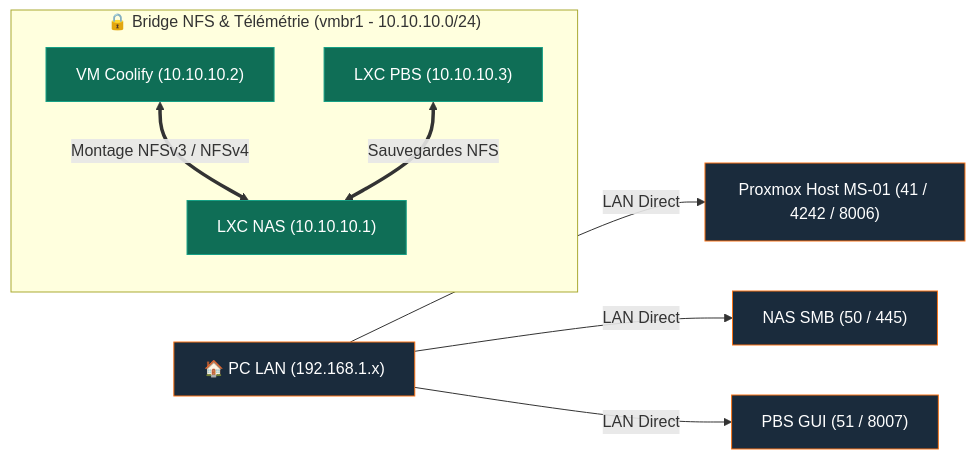
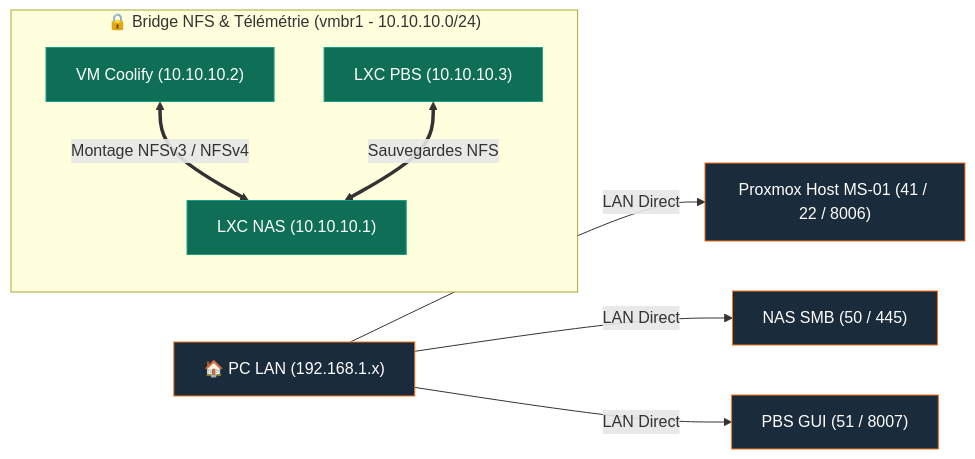
Before and after one commit to ims-world/docs: the fourth of 4 diagrams in reseau/matrice-securite-exposition.md, drawn with Mermaid. The commit also changed other lines of this file and 14 other files, not shown here.

````diff
--- a/reseau/matrice-securite-exposition.md
+++ b/reseau/matrice-securite-exposition.md
@@ -120,16 +120,16 @@
     ```mermaid
     graph LR
-        PC_LAN["🏠 PC LAN (192.168.1.x)"] -->|LAN Direct| HOST_PVE["Proxmox Host MS-01 (41 / 4242 / 8006)"]
-        PC_LAN -->|LAN Direct| NAS_SMB["NAS SMB (50 / 445)"]
-        PC_LAN -->|LAN Direct| PBS_GUI["PBS GUI (51 / 8007)"]
+PC_LAN["🏠 PC LAN (192.168.1.x)"] -->|LAN Direct| HOST_PVE["Proxmox Host MS-01 (41 / 22 / 8006)"]
+PC_LAN -->|LAN Direct| NAS_SMB["NAS SMB (50 / 445)"]
+PC_LAN -->|LAN Direct| PBS_GUI["PBS GUI (51 / 8007)"]
 
-        subgraph VMBR1 ["🔒 Bridge NFS & Télémétrie (vmbr1 - 10.10.10.0/24)"]
-            COOL_VM["VM Coolify (10.10.10.2)"] <==>|Montage NFSv3 / NFSv4| NAS_LXC["LXC NAS (10.10.10.1)"]
-            PBS_LXC["LXC PBS (10.10.10.3)"] <==>|Sauvegardes NFS| NAS_LXC
-        end
+subgraph VMBR1 ["🔒 Bridge NFS & Télémétrie (vmbr1 - 10.10.10.0/24)"]
+COOL_VM["VM Coolify (10.10.10.2)"] <==>|Montage NFSv3 / NFSv4| NAS_LXC["LXC NAS (10.10.10.1)"]
+PBS_LXC["LXC PBS (10.10.10.3)"] <==>|Sauvegardes NFS| NAS_LXC
+end
 
-        classDef lan fill:#1a2b3c,stroke:#F97316,color:#fff;
-        classDef iso fill:#0F6E56,stroke:#16A085,color:#fff;
-        class PC_LAN,HOST_PVE,NAS_SMB,PBS_GUI lan;
-        class COOL_VM,NAS_LXC,PBS_LXC iso;
+classDef lan fill:#1a2b3c,stroke:#F97316,color:#fff;
+classDef iso fill:#0F6E56,stroke:#16A085,color:#fff;
+class PC_LAN,HOST_PVE,NAS_SMB,PBS_GUI lan;
+class COOL_VM,NAS_LXC,PBS_LXC iso;
     ```
````
